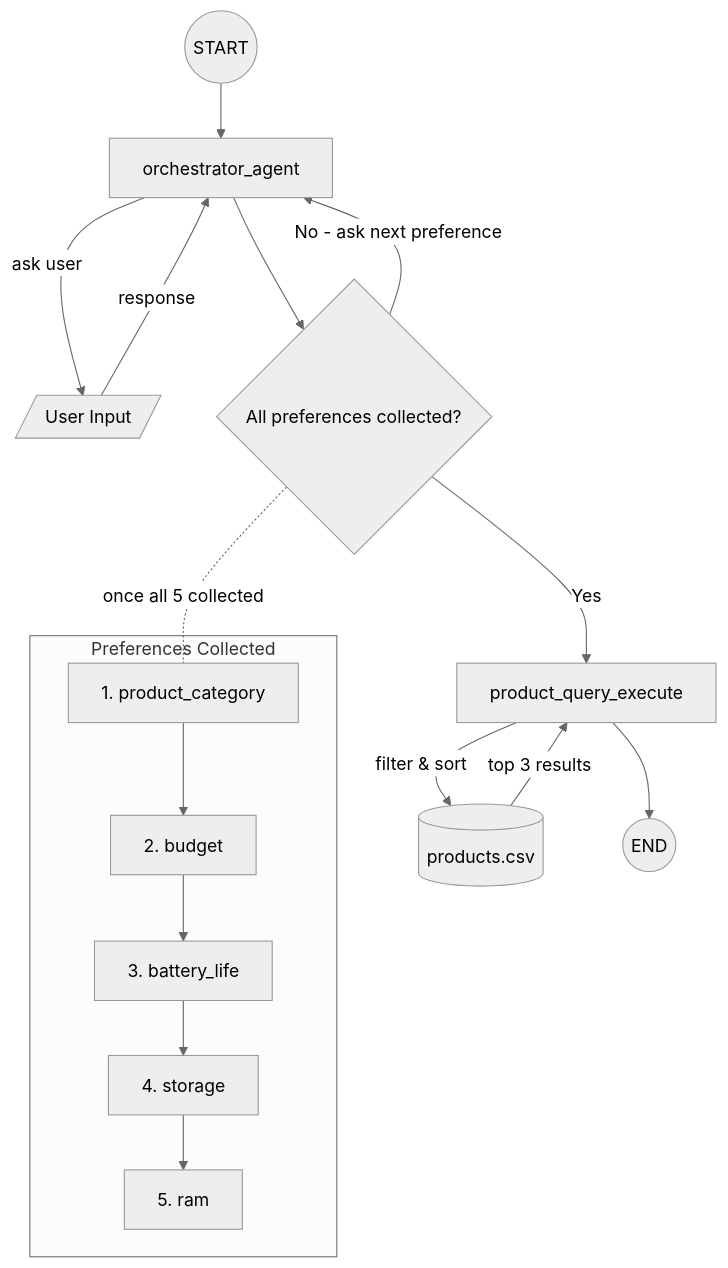
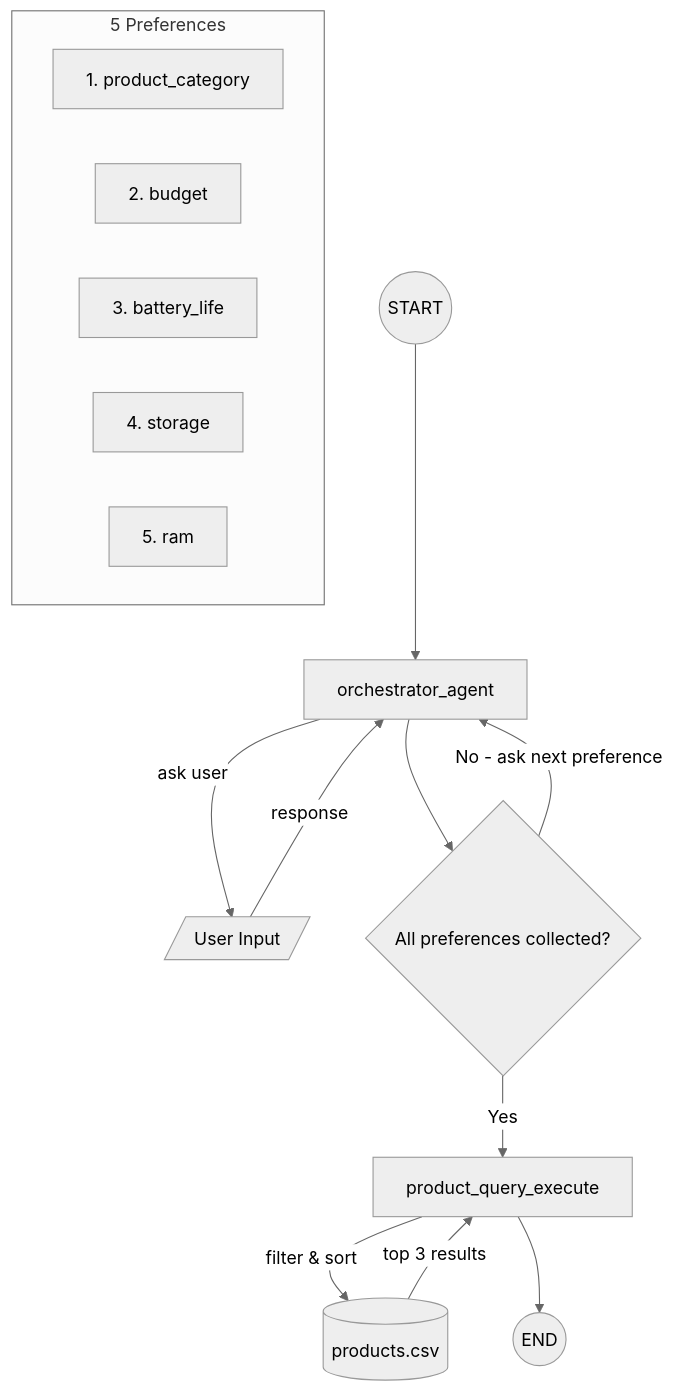
The diagram in README.md (rohitk2/egains), drawn with Mermaid (neutral theme) before and after one commit.

Commit message:
modifed diagram

````diff
--- a/README.md
+++ b/README.md
@@ -16,25 +16,22 @@
 ```mermaid
 graph TD
     A((START)) --> B[orchestrator_agent]
     B -->|ask user| C[/User Input/]
     C -->|response| B
     B --> D{All preferences collected?}
 
     D -->|No - ask next preference| B
 
     D -->|Yes| F[product_query_execute]
     F -->|filter & sort| G[(products.csv)]
     G -->|top 3 results| F
     F --> H((END))
 
-    subgraph "Preferences Collected"
+    subgraph "5 Preferences"
         P1[1. product_category]
         P2[2. budget]
-        P3[3. battery_life ]
+        P3[3. battery_life]
         P4[4. storage]
-        P5[5. ram ]
-        P1 --> P2 --> P3 --> P4 --> P5
+        P5[5. ram]
     end
-
-    D -.-|"once all 5 collected"| P1
 ```
````
